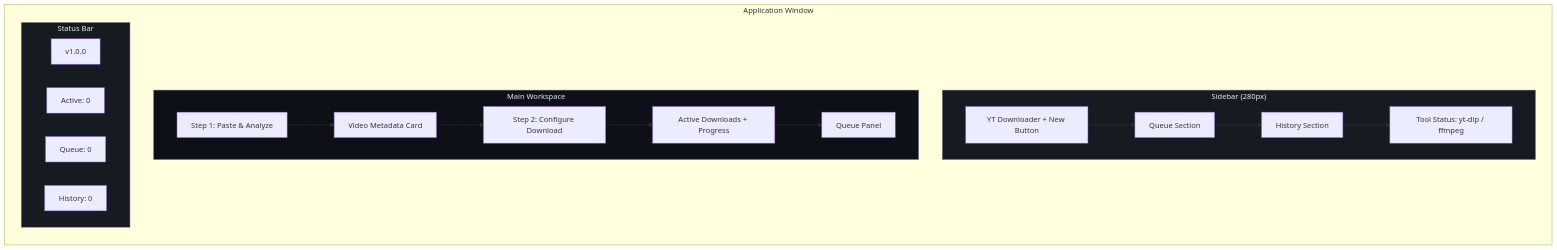
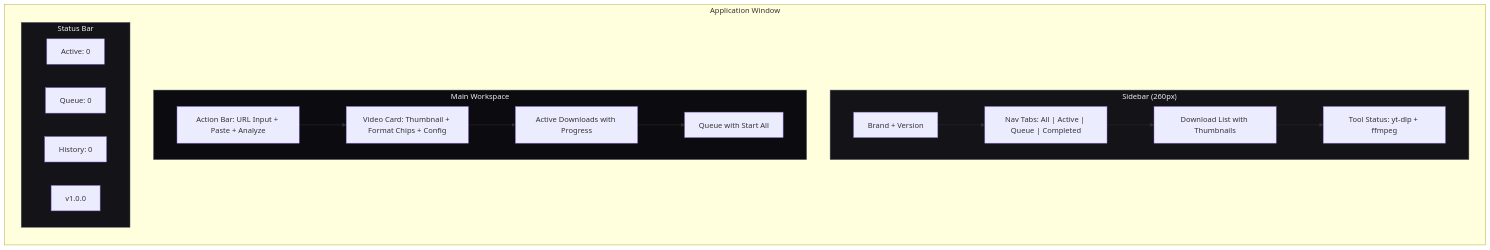
One commit to rishat5081/youtube-video-downloader changed the third of 4 diagrams in README.md. Above: the diagram before and after it, drawn with Mermaid. The commit also changed other lines of this file and 19 other files, not shown here.

````diff
--- a/README.md
+++ b/README.md
@@ -222,33 +263,32 @@
 ```mermaid
 graph LR
     subgraph App["Application Window"]
-        subgraph Sidebar["Sidebar (280px)"]
-            Brand[YT Downloader + New Button]
-            Queue[Queue Section]
-            History[History Section]
-            Tools[Tool Status: yt-dlp / ffmpeg]
+        subgraph Sidebar["Sidebar (260px)"]
+            Brand["Brand + Version"]
+            Tabs["Nav Tabs: All | Active | Queue | Completed"]
+            List["Download List with Thumbnails"]
+            Footer["Tool Status: yt-dlp + ffmpeg"]
         end
 
         subgraph Workspace["Main Workspace"]
-            S1["Step 1: Paste & Analyze"]
-            Meta[Video Metadata Card]
-            S2["Step 2: Configure Download"]
-            Active[Active Downloads + Progress]
-            QueuePanel[Queue Panel]
+            ActionBar["Action Bar: URL Input + Paste + Analyze"]
+            VideoCard["Video Card: Thumbnail + Format Chips + Config"]
+            ActiveDL["Active Downloads with Progress"]
+            Queue["Queue with Start All"]
         end
 
         subgraph StatusBar["Status Bar"]
-            Ver[v1.0.0]
-            ActiveCount[Active: 0]
-            QueueCount[Queue: 0]
-            HistCount[History: 0]
+            ActiveCount["Active: 0"]
+            QueueCount["Queue: 0"]
+            HistCount["History: 0"]
+            Ver["v1.0.0"]
         end
     end
 
-    Brand --> Queue --> History --> Tools
-    S1 --> Meta --> S2 --> Active --> QueuePanel
+    Brand --> Tabs --> List --> Footer
+    ActionBar --> VideoCard --> ActiveDL --> Queue
 
-    style Sidebar fill:#161b22,stroke:#8b949e,color:#e6edf3
-    style Workspace fill:#0d1117,stroke:#8b949e,color:#e6edf3
-    style StatusBar fill:#161b22,stroke:#8b949e,color:#e6edf3
+    style Sidebar fill:#131318,stroke:#5c5c70,color:#f0f0f4
+    style Workspace fill:#0c0c10,stroke:#5c5c70,color:#f0f0f4
+    style StatusBar fill:#131318,stroke:#5c5c70,color:#f0f0f4
 ```
````
